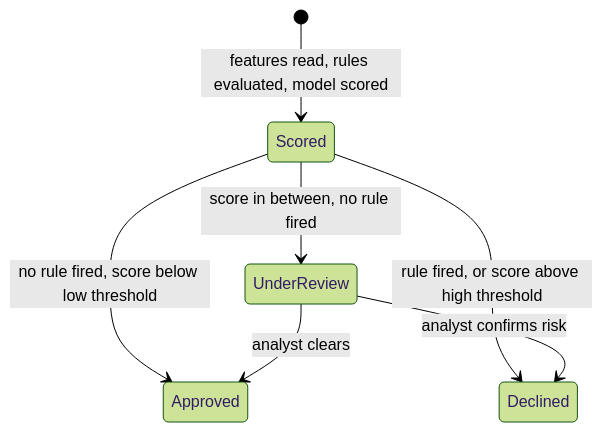
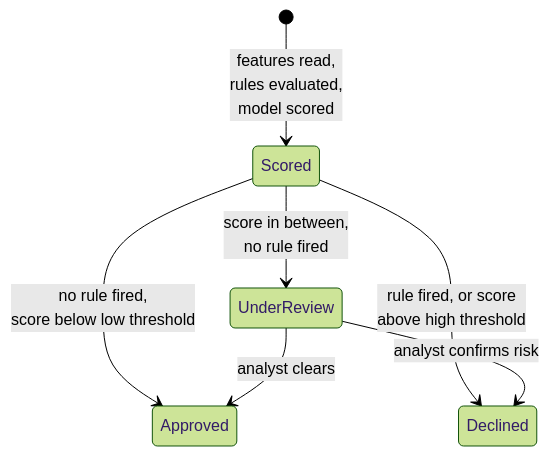
One commit to riyaz-pasha/Learnings changed the ninth of 14 diagrams in system-design/HLD/0-course/56-Design-a-Fraud-Detection-System-FAANG-Guide-story.md. Above: the diagram before and after it, drawn with Mermaid (forest theme). The commit also changed other lines of this file and 1 other file, not shown here.

Commit message:
[REWRITE] Fraud Detection System story guide: simplify prose, add structure, fix diagrams

````diff
--- a/system-design/HLD/0-course/56-Design-a-Fraud-Detection-System-FAANG-Guide-story.md
+++ b/system-design/HLD/0-course/56-Design-a-Fraud-Detection-System-FAANG-Guide-story.md
@@ -185,9 +426,9 @@
 ```mermaid
 stateDiagram-v2
-    [*] --> Scored: features read, rules evaluated, model scored
-    Scored --> Approved: no rule fired, score below low threshold
-    Scored --> Declined: rule fired, or score above high threshold
-    Scored --> UnderReview: score in between, no rule fired
+    [*] --> Scored: features read,<br/>rules evaluated,<br/>model scored
+    Scored --> Approved: no rule fired,<br/>score below low threshold
+    Scored --> Declined: rule fired, or score<br/>above high threshold
+    Scored --> UnderReview: score in between,<br/>no rule fired
     UnderReview --> Approved: analyst clears
     UnderReview --> Declined: analyst confirms risk
 ```
````
